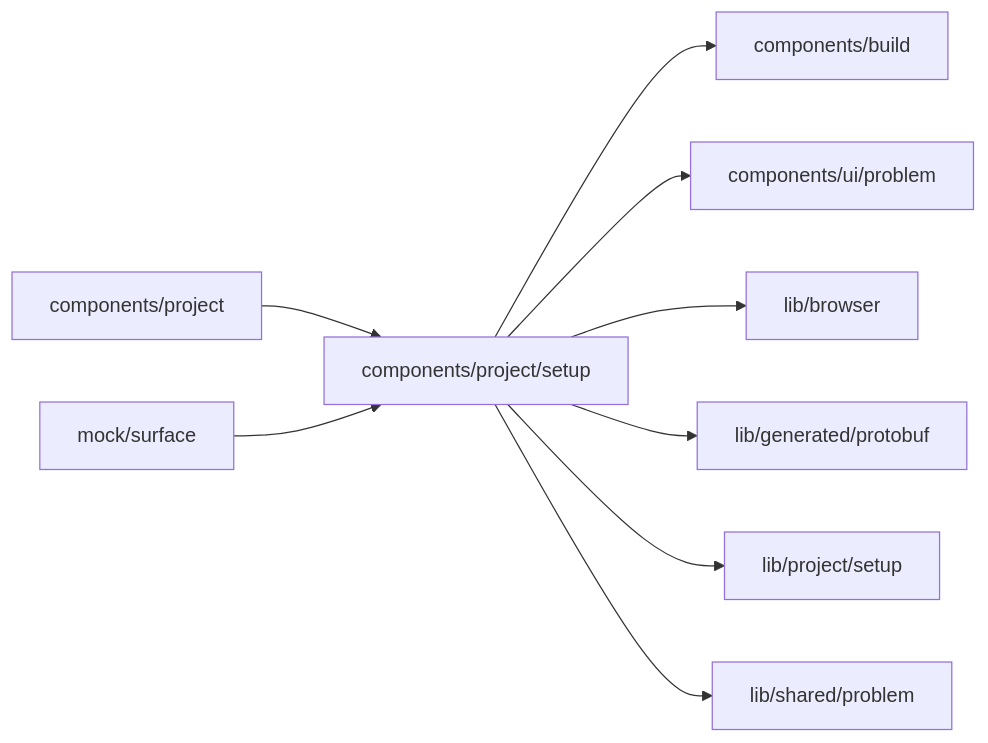
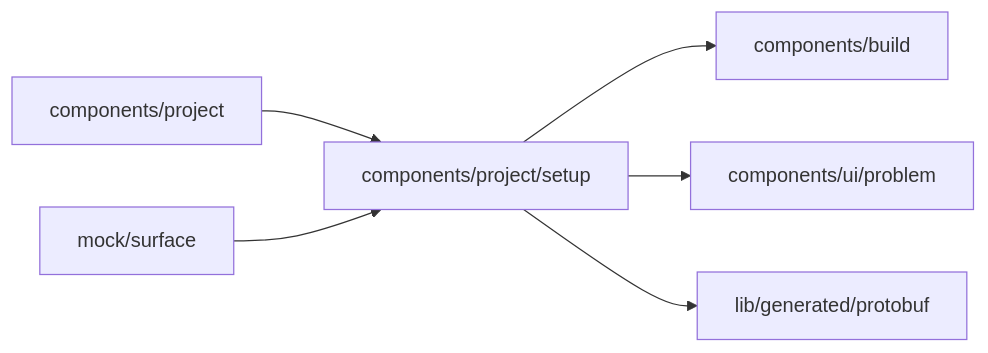
Before and after one commit to superdurable/superverse: the diagram in web/studio/components/project/setup/README.md, drawn with Mermaid. The commit also changed other lines of this file and 41 other files, not shown here.

First line of the commit message:
Studio: quieter Setup, build strip and chat; failures lead to Setup; one process opens its Flow

````diff
--- a/web/studio/components/project/setup/README.md
+++ b/web/studio/components/project/setup/README.md
@@ -10,12 +10,9 @@
 ```mermaid
 flowchart LR
   self["components/project/setup"]
   c0["components/project"] --> self
   c1["mock/surface"] --> self
   self --> d0["components/build"]
   self --> d1["components/ui/problem"]
-  self --> d2["lib/browser"]
-  self --> d3["lib/generated/protobuf"]
-  self --> d4["lib/project/setup"]
-  self --> d5["lib/shared/problem"]
+  self --> d2["lib/generated/protobuf"]
 ```
````
